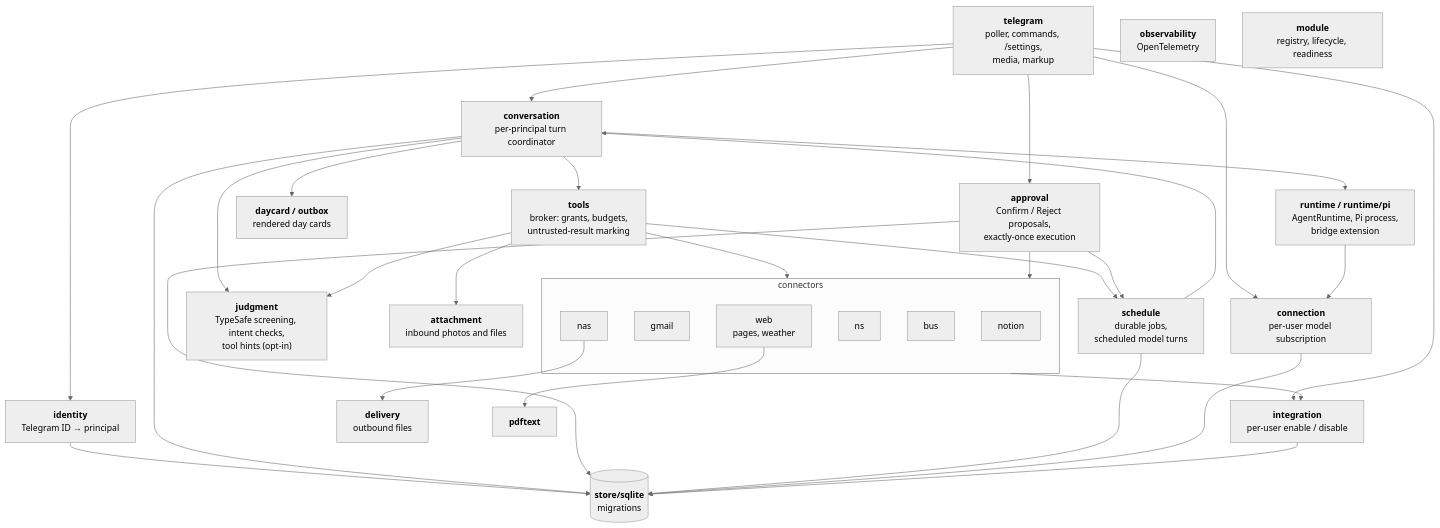
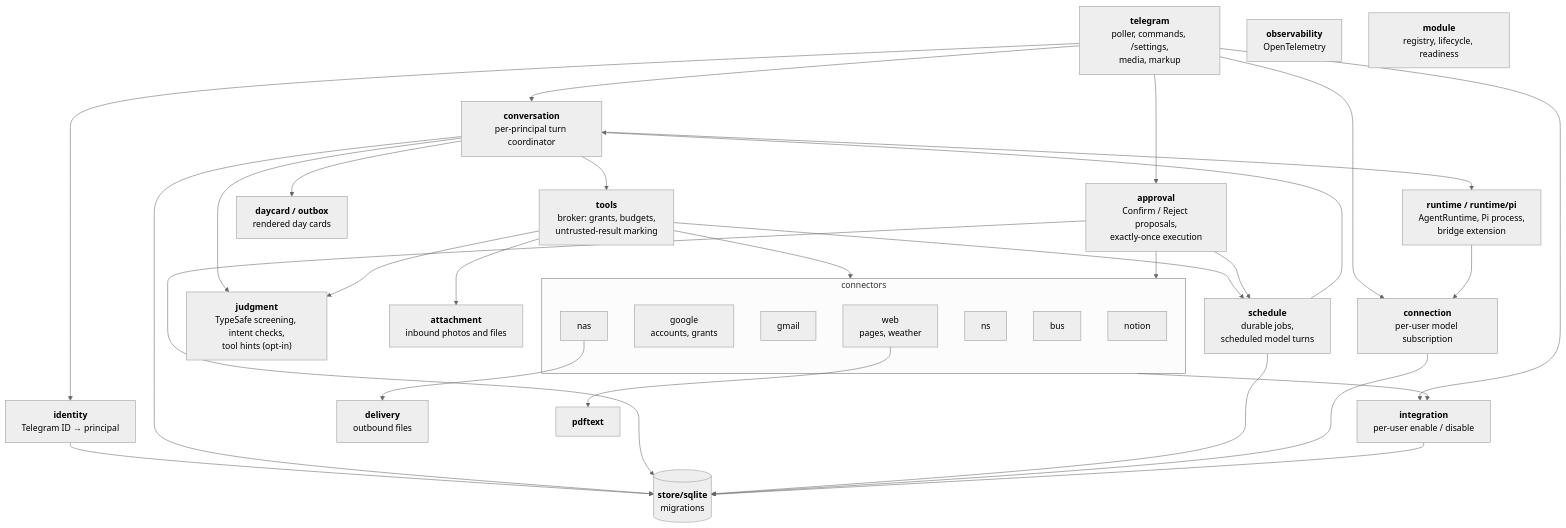
One commit to vladar107/home-ai-assistant changed the third of 3 diagrams in docs/architecture.md. Above: the diagram before and after it, drawn with Mermaid (neutral theme). The commit also changed other lines of this file and 32 other files, not shown here.

First line of the commit message:
feat: connect several Google accounts per user with Mail and Calendar switches

````diff
--- a/docs/architecture.md
+++ b/docs/architecture.md
@@ -96,52 +96,53 @@
 ```mermaid
 flowchart TB
     tg["<b>telegram</b><br/>poller, commands, /settings,<br/>media, markup"]
     identity["<b>identity</b><br/>Telegram ID → principal"]
     conv["<b>conversation</b><br/>per-principal turn coordinator"]
     runtime["<b>runtime / runtime/pi</b><br/>AgentRuntime, Pi process,<br/>bridge extension"]
     connection["<b>connection</b><br/>per-user model subscription"]
     broker["<b>tools</b><br/>broker: grants, budgets,<br/>untrusted-result marking"]
     approval["<b>approval</b><br/>Confirm / Reject proposals,<br/>exactly-once execution"]
     schedule["<b>schedule</b><br/>durable jobs,<br/>scheduled model turns"]
     judgment["<b>judgment</b><br/>TypeSafe screening, intent checks,<br/>tool hints (opt-in)"]
     integration["<b>integration</b><br/>per-user enable / disable"]
     attach["<b>attachment</b><br/>inbound photos and files"]
     delivery["<b>delivery</b><br/>outbound files"]
     card["<b>daycard / outbox</b><br/>rendered day cards"]
     pdf["<b>pdftext</b>"]
 
     subgraph connectors["connectors"]
         notion["notion"]
+        google["google<br/>accounts, grants"]
         gmail["gmail"]
         nasc["nas"]
         nsc["ns"]
         busc["bus"]
         web["web<br/>pages, weather"]
     end
 
     store[("<b>store/sqlite</b><br/>migrations")]
     obs["<b>observability</b><br/>OpenTelemetry"]
     module["<b>module</b><br/>registry, lifecycle, readiness"]
 
     tg --> identity
     tg --> conv
     tg --> connection
     tg --> integration
     tg --> approval
     conv --> runtime
     conv --> broker
     conv --> card
     conv --> judgment
     runtime --> connection
     broker --> connectors
     broker --> attach
     broker --> schedule
     broker --> judgment
     approval --> connectors
     approval --> schedule
     schedule --> conv
     nasc --> delivery
     web --> pdf
     connectors --> integration
     identity & conv & approval & schedule & connection & integration --> store
 ```
````
